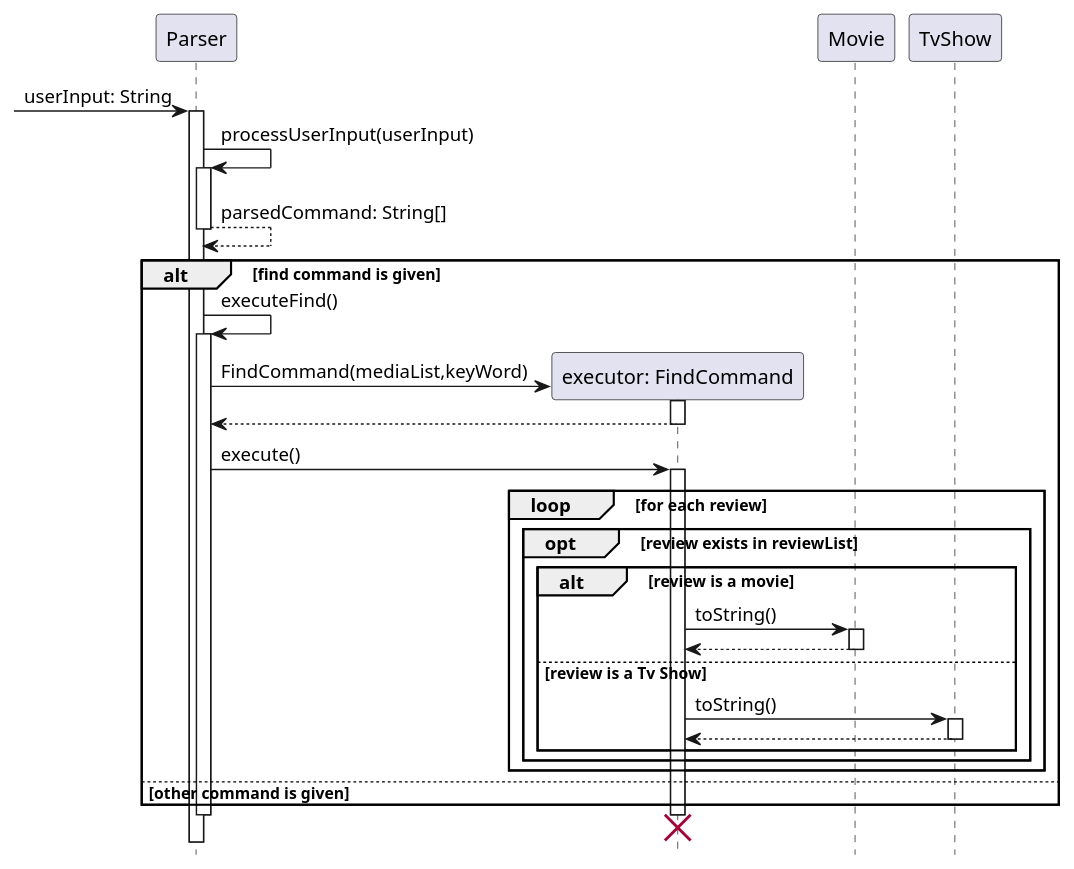
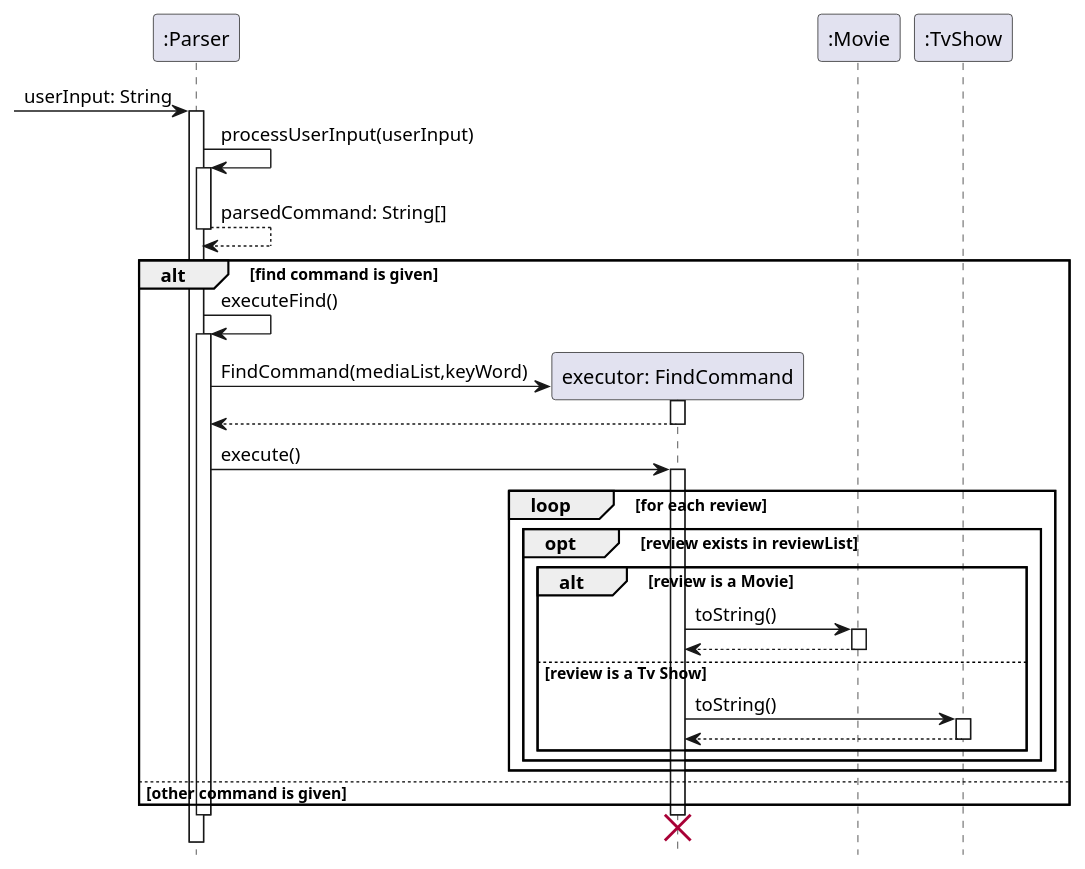
One commit to nus-cs2113-AY2223S1/tp changed the diagram in docs/UML Diagrams/findCommandSequence.puml. Above: the diagram before and after it, drawn with PlantUML. The commit also changed 22 other files, not shown here.

Commit message:
Fixed UML diagrams, coding standards errors and documentation.

```diff
--- a/docs/UML Diagrams/findCommandSequence.puml
+++ b/docs/UML Diagrams/findCommandSequence.puml
@@ -1,43 +1,43 @@
 @startuml
 'https://plantuml.com/sequence-diagram
 
 hide footbox
 
- -> Parser: userInput: String
-activate Parser
-Parser -> Parser: processUserInput(userInput)
-activate Parser
+ -> ":Parser": userInput: String
+activate ":Parser"
+":Parser" -> ":Parser": processUserInput(userInput)
+activate ":Parser"
 return parsedCommand: String[]
 
 alt find command is given
-    Parser -> Parser: executeFind()
-    activate Parser
+    ":Parser" -> ":Parser": executeFind()
+    activate ":Parser"
     create "executor: FindCommand"
-    Parser -> "executor: FindCommand": FindCommand(mediaList,keyWord)
+    ":Parser" -> "executor: FindCommand": FindCommand(mediaList,keyWord)
     activate "executor: FindCommand"
-    "executor: FindCommand" --> Parser:
+    "executor: FindCommand" --> ":Parser":
     deactivate "executor: FindCommand"
-    Parser -> "executor: FindCommand": execute()
+    ":Parser" -> "executor: FindCommand": execute()
     activate "executor: FindCommand"
 
     loop for each review
-        participant Movie
-        participant TvShow
+        participant ":Movie"
+        participant ":TvShow"
         opt review exists in reviewList
-            alt review is a movie
-                "executor: FindCommand" -> Movie: toString()
-                activate Movie
+            alt review is a Movie
+                "executor: FindCommand" -> ":Movie": toString()
+                activate ":Movie"
                 return
             else review is a Tv Show
-                "executor: FindCommand" -> TvShow: toString()
-                activate TvShow
+                "executor: FindCommand" -> ":TvShow": toString()
+                activate ":TvShow"
                 return
             end
         end
     end
 else other command is given
 end
-deactivate Parser
+deactivate ":Parser"
 destroy "executor: FindCommand"
 
 @enduml
```
